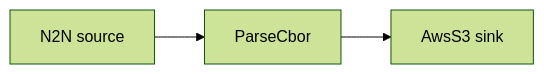
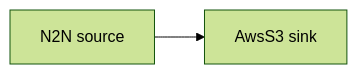
One commit to txpipe/oura changed the diagram in examples/aws_s3/README.md. Above: the diagram before and after it, drawn with Mermaid (forest theme). The commit also changed other lines of this file and 18 other files, not shown here.

````diff
--- a/examples/aws_s3/README.md
+++ b/examples/aws_s3/README.md
@@ -7,4 +7,4 @@
 ```mermaid
 flowchart LR
-  src[N2N source] --> f1[ParseCbor] --> sink[AwsS3 sink]
+  src[N2N source] --> sink[AwsS3 sink]
 ```
````
